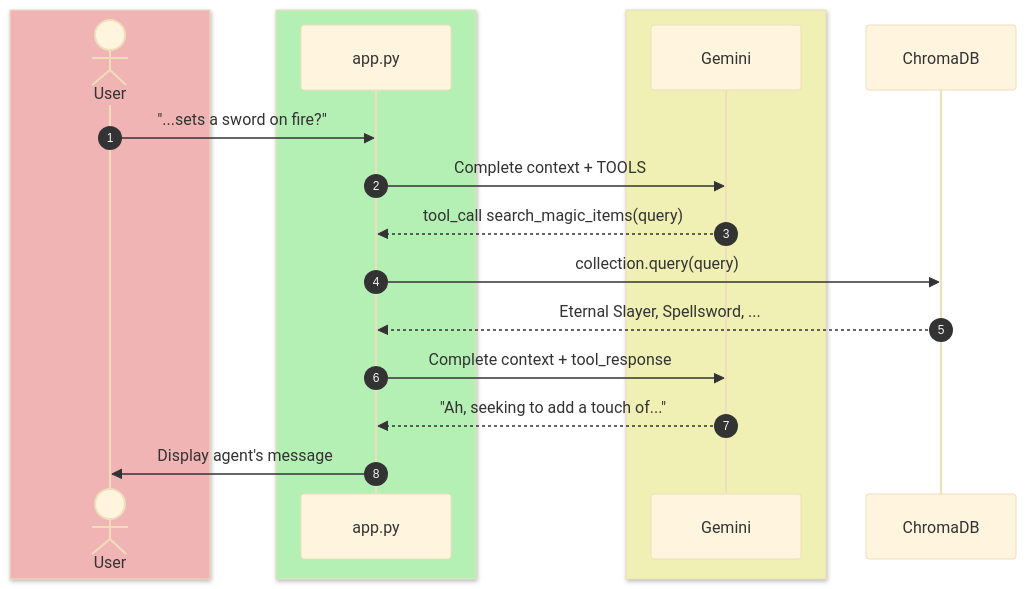
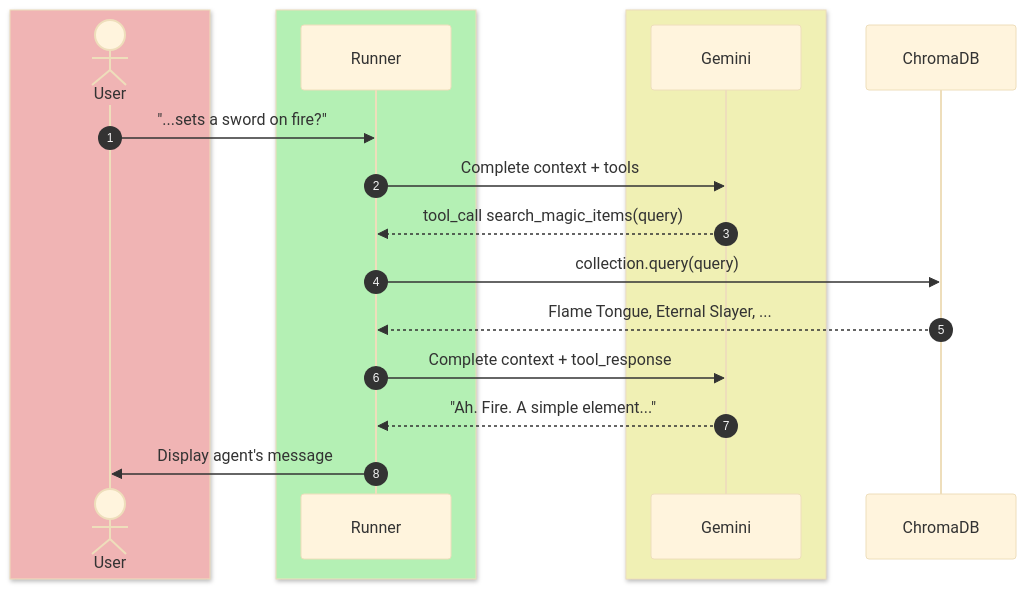
One commit to x/ieor-4570-agentic-ai changed the seventh of 9 diagrams in slides/retrieval-augmented-generation/slides.md. Above: the diagram before and after it, drawn with Mermaid (base theme). The commit also changed other lines of this file and 12 other files, not shown here.

````diff
--- a/slides/retrieval-augmented-generation/slides.md
+++ b/slides/retrieval-augmented-generation/slides.md
@@ -903,23 +891,23 @@
 ```mermaid {scale: 0.4}
 sequenceDiagram
     autonumber
     box rgb(240, 180, 180)
         actor U as User
     end
     box rgb(180, 240, 180)
-        participant H as app.py
+        participant H as Runner
     end
     box rgb(240, 240, 180)
         participant L as Gemini
     end
     participant V as ChromaDB
 
     U->>H: "...sets a sword on fire?"
-    H->>L: Complete context + TOOLS
+    H->>L: Complete context + tools
     L-->>H: tool_call search_magic_items(query)
     H->>V: collection.query(query)
-    V-->>H: Eternal Slayer, Spellsword, ...
+    V-->>H: Flame Tongue, Eternal Slayer, ...
     H->>L: Complete context + tool_response
-    L-->>H: "Ah, seeking to add a touch of..."
+    L-->>H: "Ah. Fire. A simple element..."
     H->>U: Display agent's message
 ```
````
